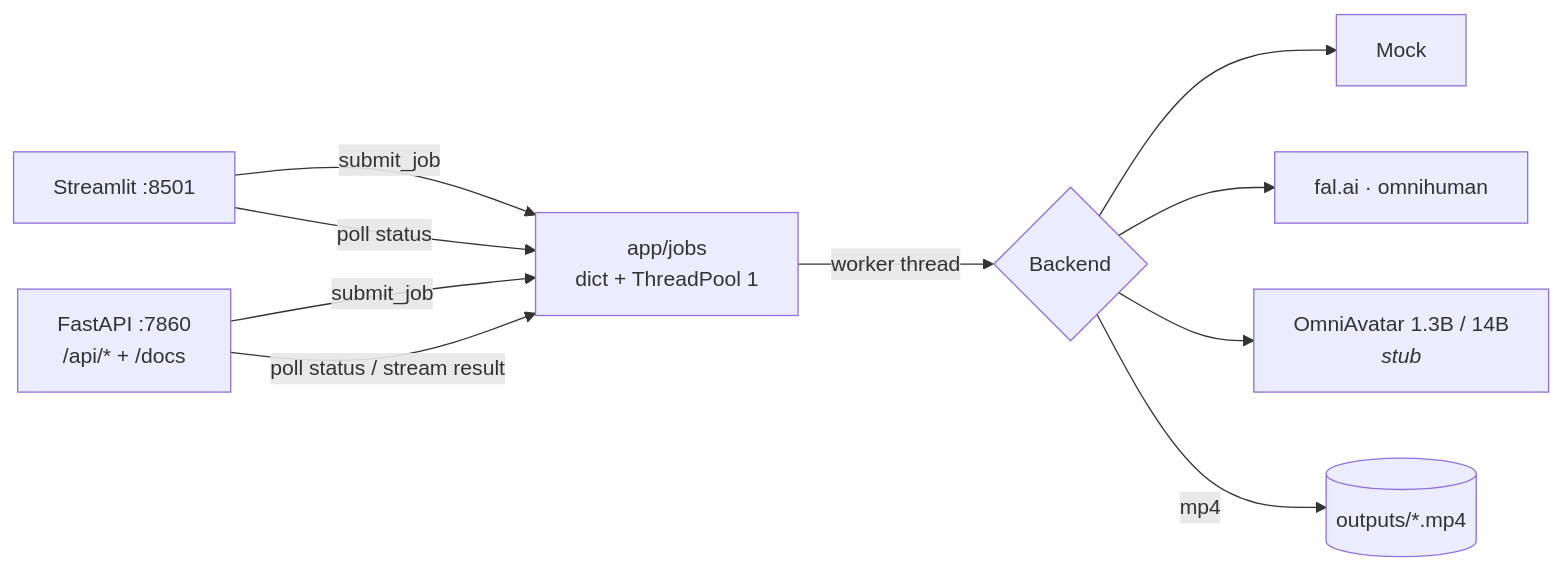
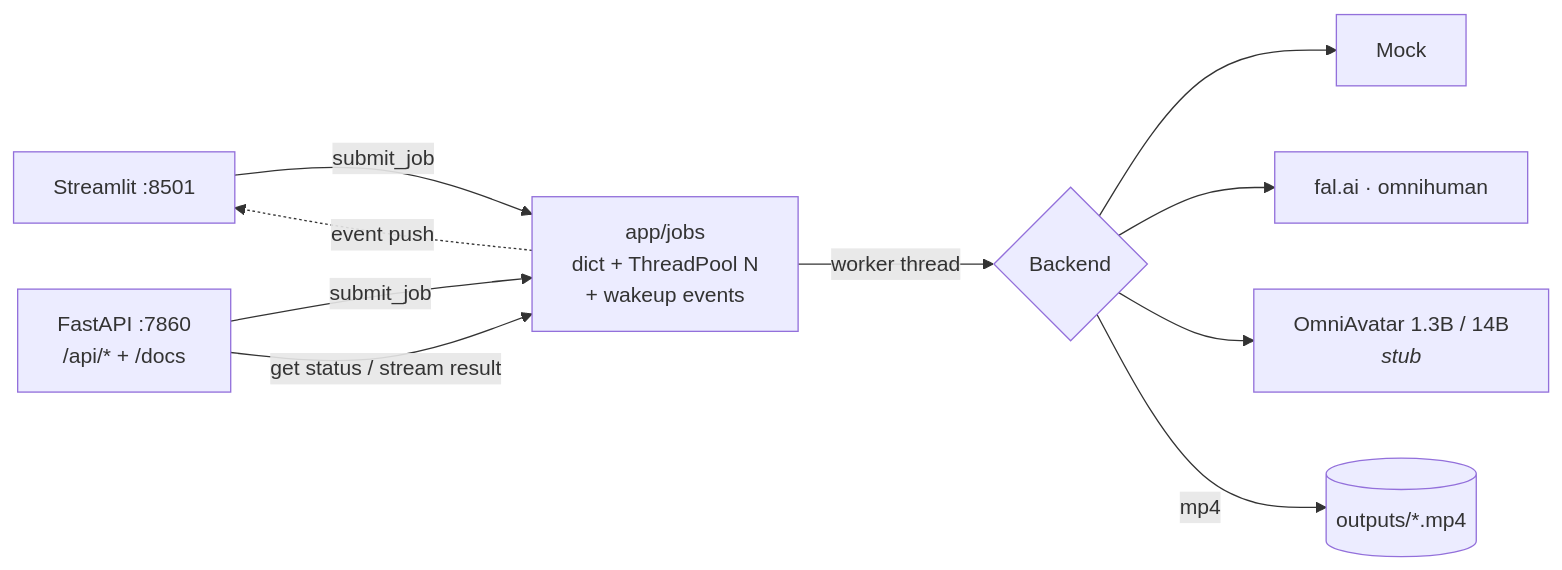
Before and after one commit to AlekseiLugovoi/avatar-studio: the diagram in README.md, drawn with Mermaid. The commit also changed other lines of this file and 4 other files, not shown here.

````diff
--- a/README.md
+++ b/README.md
@@ -9,12 +9,12 @@
 ```mermaid
 flowchart LR
-    UI[Streamlit :8501] -- submit_job --> J[app/jobs<br/>dict + ThreadPool 1]
+    UI[Streamlit :8501] -- submit_job --> J[app/jobs<br/>dict + ThreadPool N<br/>+ wakeup events]
     API[FastAPI :7860<br/>/api/* + /docs] -- submit_job --> J
     J -- worker thread --> B{Backend}
     B --> Mock[Mock]
     B --> Fal[fal.ai · omnihuman]
     B --> Local[OmniAvatar 1.3B / 14B<br/><i>stub</i>]
     B -- mp4 --> FS[(outputs/*.mp4)]
-    UI -- poll status --> J
-    API -- poll status / stream result --> J
+    J -. event push .-> UI
+    API -- get status / stream result --> J
 ```
````
